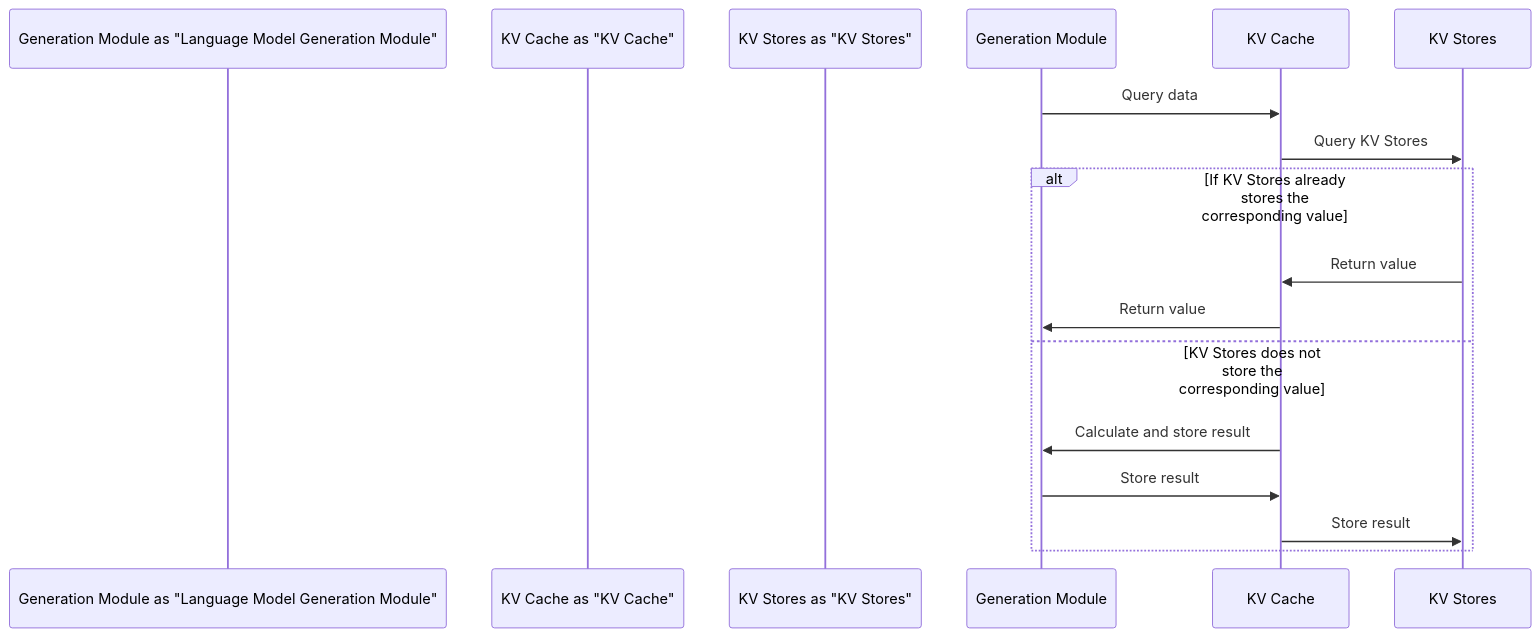
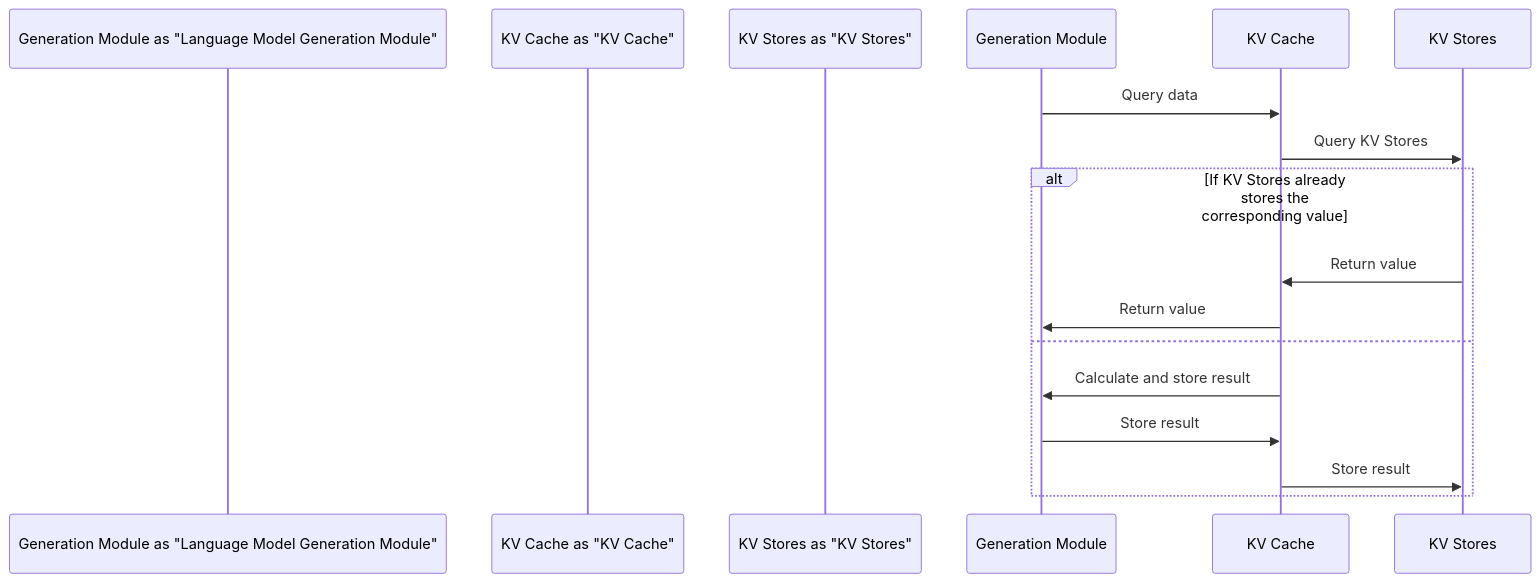
The diagram in src/content/posts/tech/_2026-05-10--22kv-cache.en.md (a920604a/engineernews), drawn with Mermaid before and after one commit. The commit also changed 6 other files, not shown here.

Commit message:
fix: auto-fix mermaid syntax errors in posts

````diff
--- a/src/content/posts/tech/_2026-05-10--22kv-cache.en.md
+++ b/src/content/posts/tech/_2026-05-10--22kv-cache.en.md
@@ -32,17 +32,17 @@
 ```mermaid
 sequenceDiagram
     participant Generation Module as "Language Model Generation Module"
     participant KV Cache as "KV Cache"
     participant KV Stores as "KV Stores"
 
     Generation Module->>KV Cache: Query data
     KV Cache->>KV Stores: Query KV Stores
     alt If KV Stores already stores the corresponding value
         KV Stores->>KV Cache: Return value
         KV Cache->>Generation Module: Return value
-    else KV Stores does not store the corresponding value
+    else 
         KV Cache->>Generation Module: Calculate and store result
         Generation Module->>KV Cache: Store result
         KV Cache->>KV Stores: Store result
     end
 ```
````
